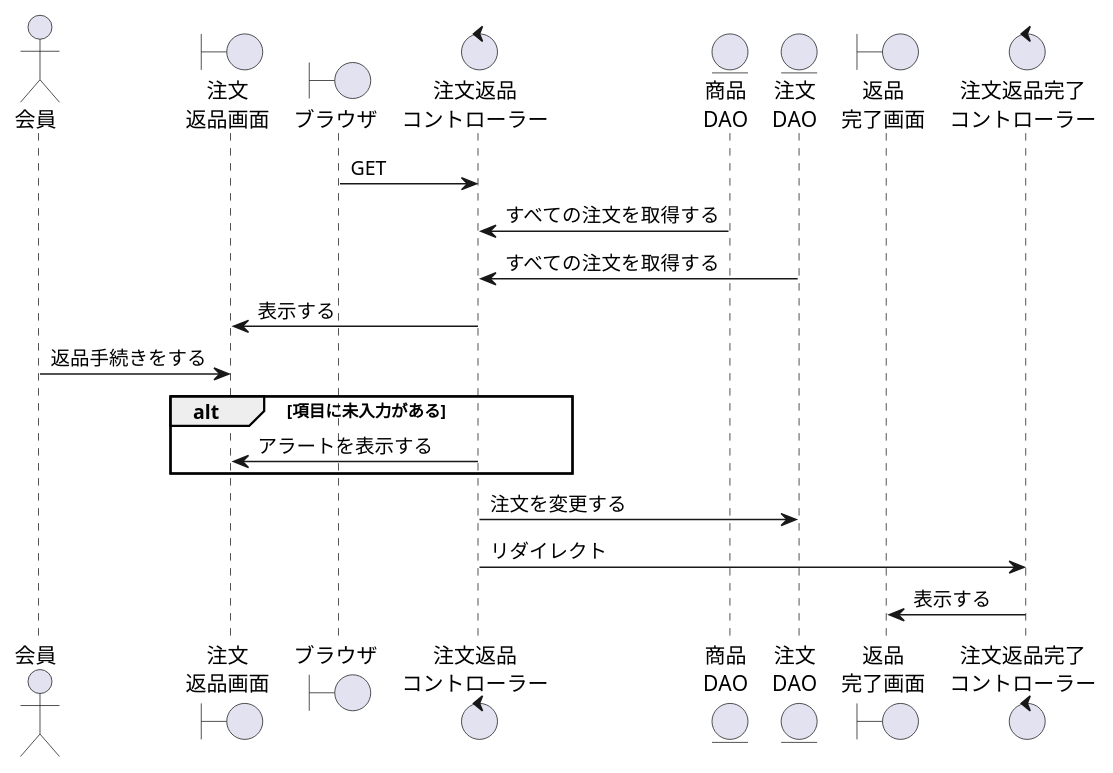
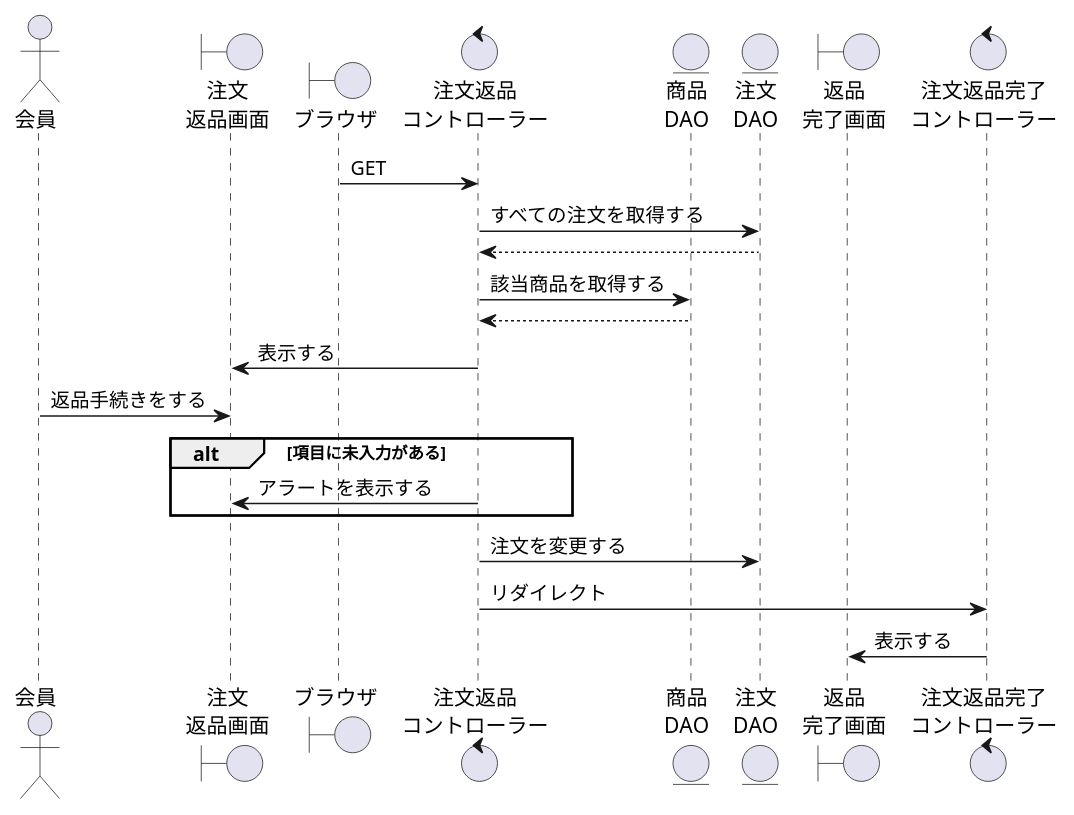
The diagram in BBショップ/返品.wsd (ysyk-wtnb16/team_D), drawn with PlantUML before and after one commit.

```diff
--- a/BBショップ/返品.wsd
+++ b/BBショップ/返品.wsd
@@ -1,30 +1,32 @@
 @startuml return
 ' ①縦軸の並び順を決める
 actor "会員" as act
 boundary "注文\n返品画面" as orb
 ' コントローラーに初回アクセスするもの
 boundary "ブラウザ" as brz
 ' コントローラーまたはビューの名称を決める
 control "注文返品\nコントローラー" as orc
 ' DAOまたはモデルとなる
 entity "商品\nDAO" as pdt
 entity "注文\nDAO" as order
 boundary "返品\n完了画面" as orkb
 control "注文返品完了\nコントローラー" as orkc
 
 brz -> orc: GET
-orc <- pdt:すべての注文を取得する
-orc <- order:すべての注文を取得する
+orc -> order:すべての注文を取得する
+orc <-- order
+orc -> pdt:該当商品を取得する
+orc <-- pdt
 orb <- orc:表示する
 act -> orb:返品手続きをする
 
 
 alt 項目に未入力がある
     orb <- orc:アラートを表示する
 end
 
 orc -> order: 注文を変更する
 orc -> orkc: リダイレクト
 orkb <- orkc:表示する
 
 @enduml
```
